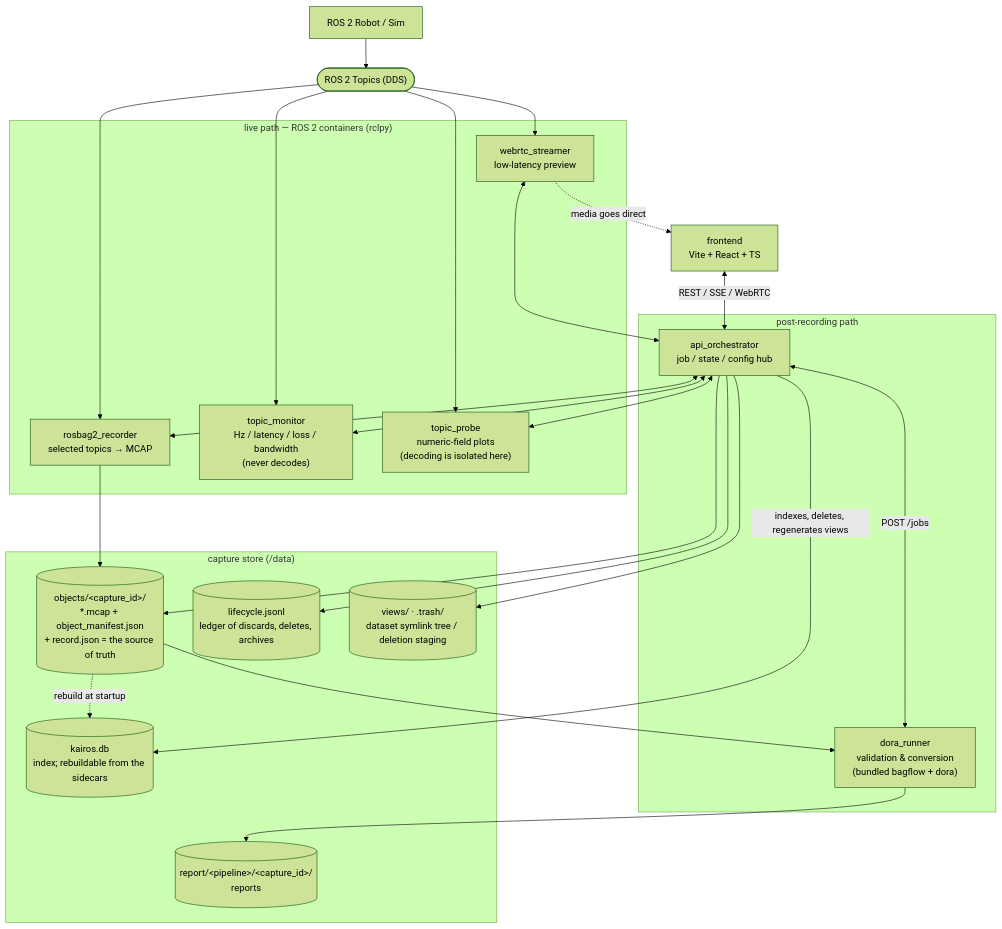
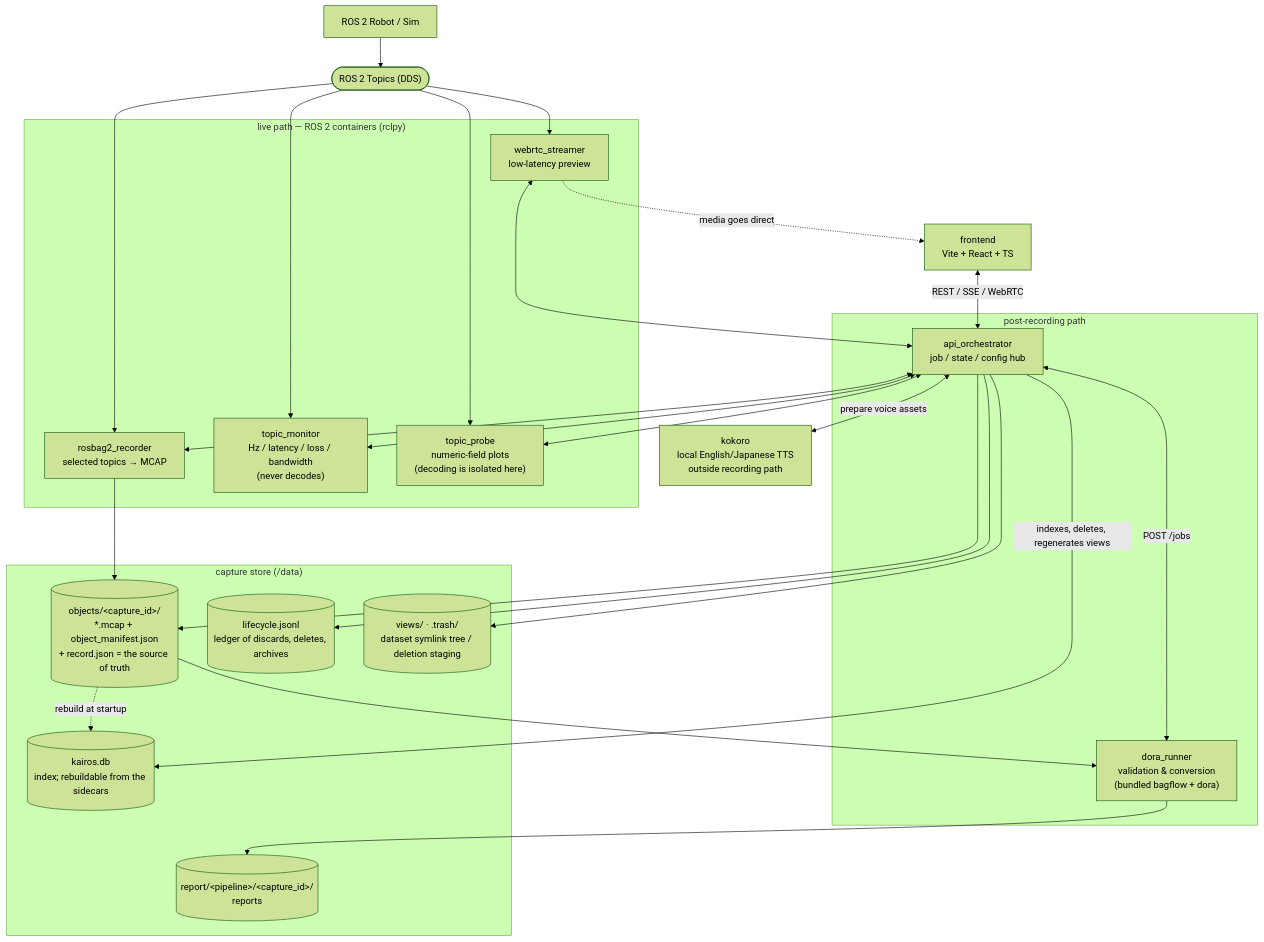
One commit to sige0002/kairos changed the first of 2 diagrams in README.md. Above: the diagram before and after it, drawn with Mermaid (forest theme). The commit also changed other lines of this file and 42 other files, not shown here.

````diff
--- a/README.md
+++ b/README.md
@@ -18,37 +18,39 @@
 ```mermaid
 flowchart TB
   ROBOT["ROS 2 Robot / Sim"] --> TOPICS(["ROS 2 Topics (DDS)"])
 
   subgraph live["live path — ROS 2 containers (rclpy)"]
     REC["rosbag2_recorder<br/>selected topics → MCAP"]
     MON["topic_monitor<br/>Hz / latency / loss / bandwidth<br/>(never decodes)"]
     PROBE["topic_probe<br/>numeric-field plots<br/>(decoding is isolated here)"]
     WEB["webrtc_streamer<br/>low-latency preview"]
   end
 
   subgraph post["post-recording path"]
     ORC["api_orchestrator<br/>job / state / config hub"]
     DR["dora_runner<br/>validation &amp; conversion<br/>(bundled bagflow + dora)"]
   end
 
   FE["frontend<br/>Vite + React + TS"]
+  TTS["kokoro<br/>local English/Japanese TTS<br/>outside recording path"]
 
   subgraph store["capture store (/data)"]
     MCAP[("objects/&lt;capture_id&gt;/<br/>*.mcap + object_manifest.json<br/>+ record.json = the source of truth")]
     LEDGER[("lifecycle.jsonl<br/>ledger of discards, deletes, archives")]
     DB[("kairos.db<br/>index; rebuildable from the sidecars")]
     VIEWS[("views/ · .trash/<br/>dataset symlink tree / deletion staging")]
     OUT[("report/&lt;pipeline&gt;/&lt;capture_id&gt;/<br/>reports")]
   end
 
   TOPICS --> REC & MON & PROBE & WEB
   REC --> MCAP
   MCAP --> DR --> OUT
   FE <-->|"REST / SSE / WebRTC"| ORC
+  ORC <-->|"prepare voice assets"| TTS
   ORC <--> REC & MON & PROBE & WEB
   ORC <-->|"POST /jobs"| DR
   ORC -->|"indexes, deletes, regenerates views"| DB
   ORC --> MCAP & LEDGER & VIEWS
   MCAP -.->|"rebuild at startup"| DB
   WEB -.->|"media goes direct"| FE
 ```
````
